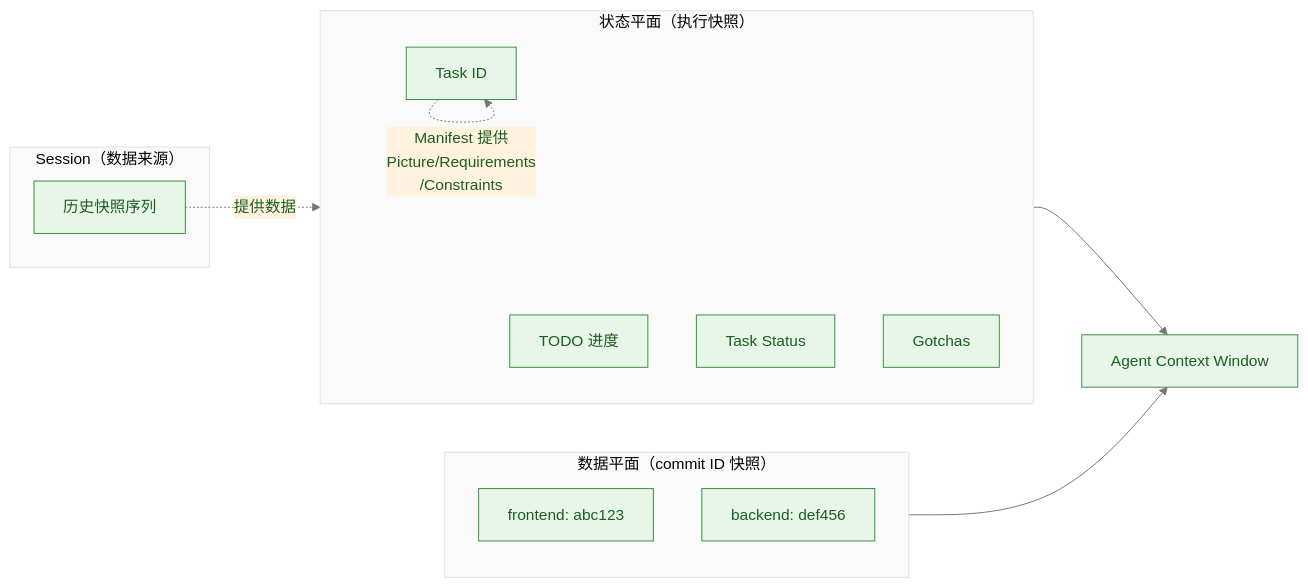
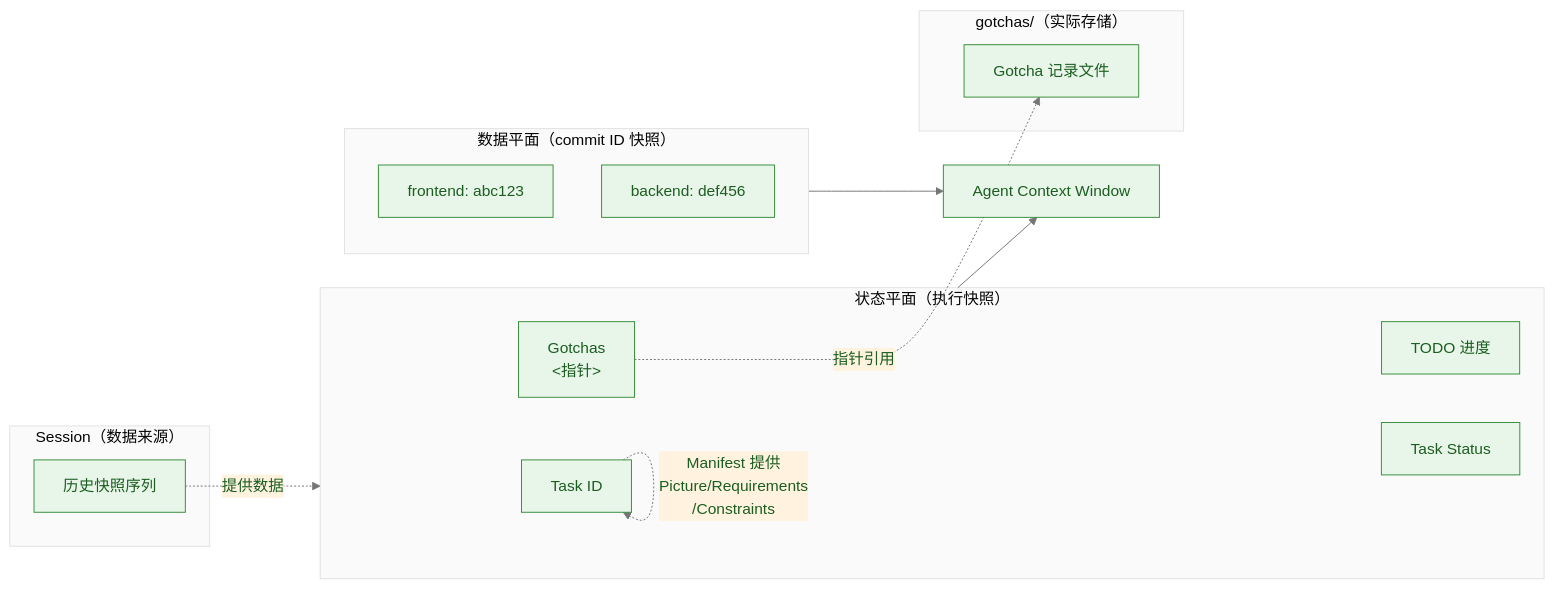
Before and after one commit to Lazyn0tBug/mem0ress: the fourth of 6 diagrams in docs/spec.md, drawn with Mermaid. The commit also changed other lines of this file, not shown here.

Commit message:
docs: cross-chapter consistency fixes
- Ch5 Section 5.2: Add Session pointer to status plane content
- Ch5 Section 5.2: Add '(指针)' to Gotchas to clarify it's a reference
- Ch5 mermaid: Add Gotchas pointer notation + gotchas/ storage group
- Ch7 Section 7.4: Clarify Tier 0 is auto pre-processing, not Agent decision

````diff
--- a/docs/spec.md
+++ b/docs/spec.md
@@ -312,25 +313,30 @@
 ```mermaid
 %% label：状态平面与数据平面的构成
 %%{ init: { 'theme': 'base', 'themeVariables': { 'primaryColor': '#e8f5e9', 'primaryTextColor': '#1b5e20', 'primaryBorderColor': '#388e3c', 'lineColor': '#757575', 'secondaryColor': '#fff3e0', 'tertiaryColor': '#fafafa' } } }%%
 graph LR
     subgraph SP_Group["状态平面（执行快照）"]
         TID["Task ID"]
         TODO["TODO 进度"]
         STS["Task Status"]
-        GTA["Gotchas"]
+        GTA["Gotchas<br/><指针>"]
     end
 
     subgraph DP_Group["数据平面（commit ID 快照）"]
         REPOA["frontend: abc123"]
         REPOB["backend: def456"]
     end
 
     subgraph SESSION_Group["Session（数据来源）"]
         HIST["历史快照序列"]
     end
 
     SP_Group --> AC["Agent Context Window"]
     DP_Group --> AC
     HIST -.->|提供数据| SP_Group
     TID -.->|Manifest 提供<br>Picture/Requirements<br>/Constraints| TID
+    GTA -.->|指针引用| GREC
+
+    subgraph GOTCHA_Group["gotchas/（实际存储）"]
+        GREC["Gotcha 记录文件"]
+    end
 ```
````
